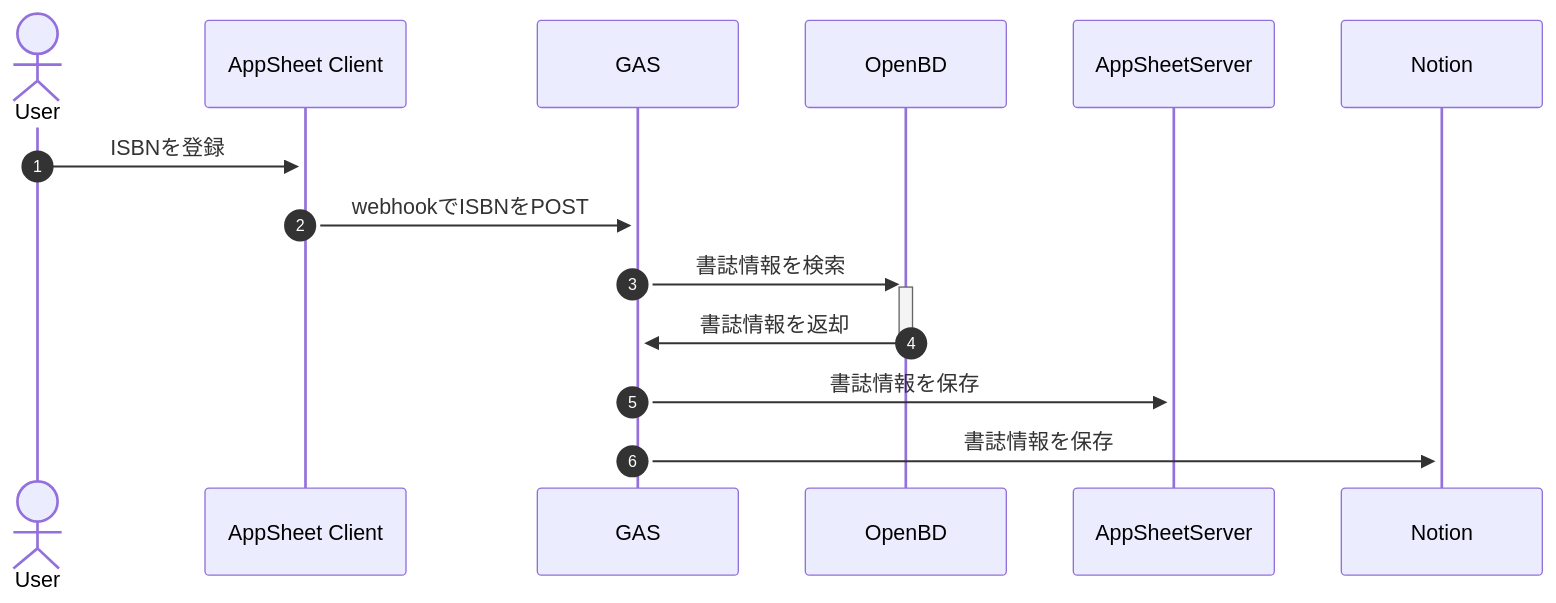
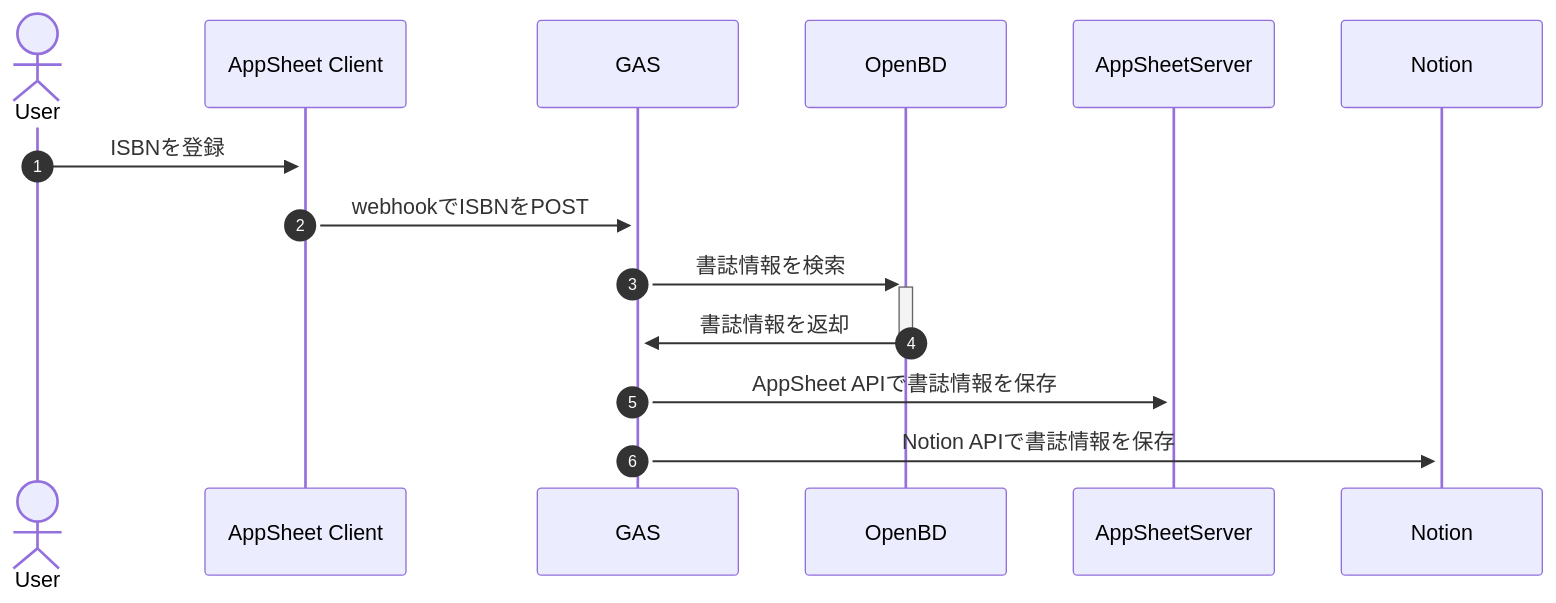
The diagram in README.md (barleytea/isbn2notion), drawn with Mermaid before and after one commit.

Commit message:
fix sentence

````diff
--- a/README.md
+++ b/README.md
@@ -7,11 +7,11 @@
 ```mermaid
 sequenceDiagram
   autonumber
   actor User
   User->>+AppSheet Client: ISBNを登録
   AppSheet Client->>+GAS: webhookでISBNをPOST
   GAS->>+OpenBD: 書誌情報を検索
   OpenBD->>-GAS: 書誌情報を返却
-  GAS->>+AppSheetServer: 書誌情報を保存
-  GAS->>+Notion: 書誌情報を保存
+  GAS->>+AppSheetServer: AppSheet APIで書誌情報を保存
+  GAS->>+Notion: Notion APIで書誌情報を保存
 ```
````
